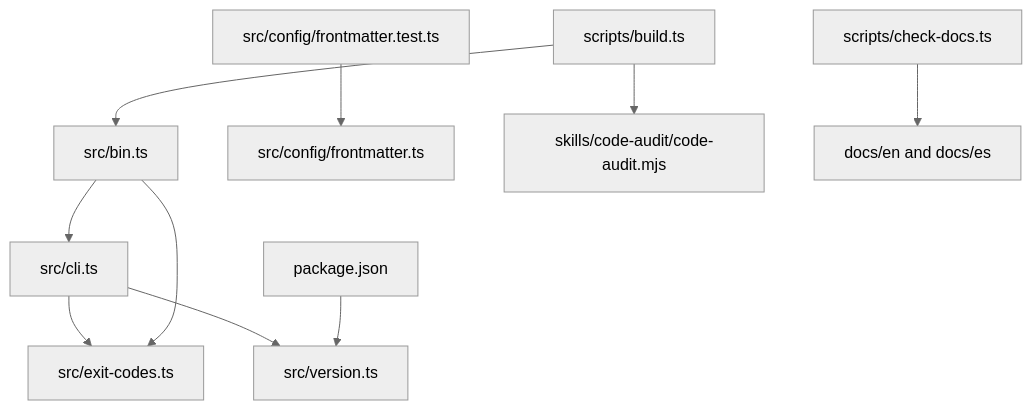
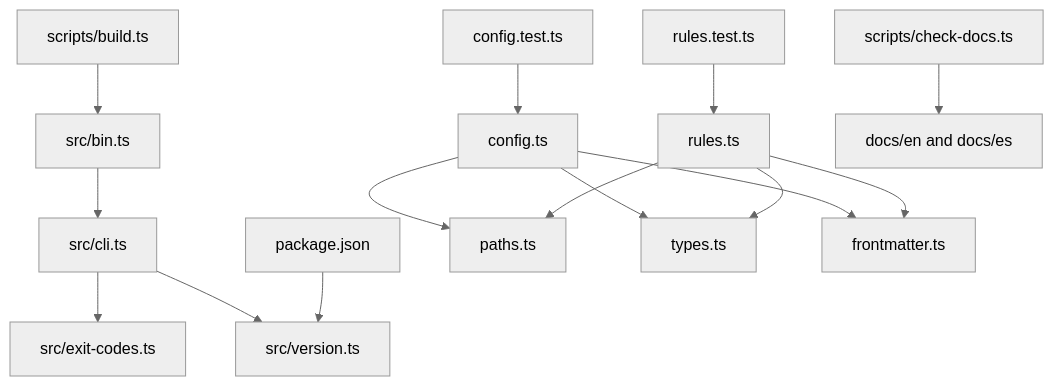
The diagram in docs/en/2-architecture/10-architecture.md (CodeLab614-AI/code-audit), drawn with Mermaid (neutral theme) before and after one commit. The commit also changed other lines of this file and 44 other files, not shown here.

````diff
--- a/docs/en/2-architecture/10-architecture.md
+++ b/docs/en/2-architecture/10-architecture.md
@@ -8,12 +8,17 @@
 ```mermaid
 flowchart TD
     bin["src/bin.ts"] --> cli["src/cli.ts"]
     cli --> codes["src/exit-codes.ts"]
     cli --> version["src/version.ts"]
-    bin --> codes
     pkg["package.json"] --> version
-    frontmatterTest["src/config/frontmatter.test.ts"] --> frontmatter["src/config/frontmatter.ts"]
-    build["scripts/build.ts"] --> artifact["skills/code-audit/code-audit.mjs"]
-    build --> bin
+    configTest["config.test.ts"] --> config["config.ts"]
+    rulesTest["rules.test.ts"] --> rules["rules.ts"]
+    config --> paths["paths.ts"]
+    config --> types["types.ts"]
+    config --> frontmatter["frontmatter.ts"]
+    rules --> paths
+    rules --> types
+    rules --> frontmatter
+    build["scripts/build.ts"] --> bin
     docsCheck["scripts/check-docs.ts"] --> docs["docs/en and docs/es"]
 ```
````
